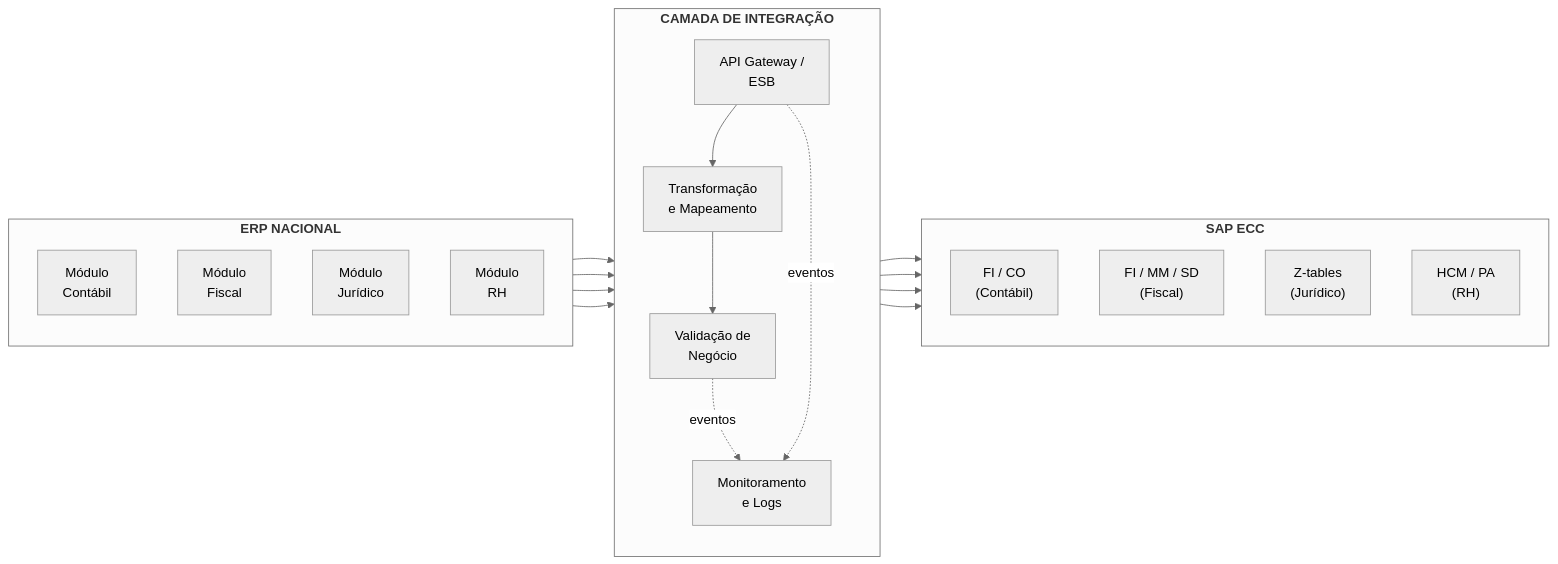
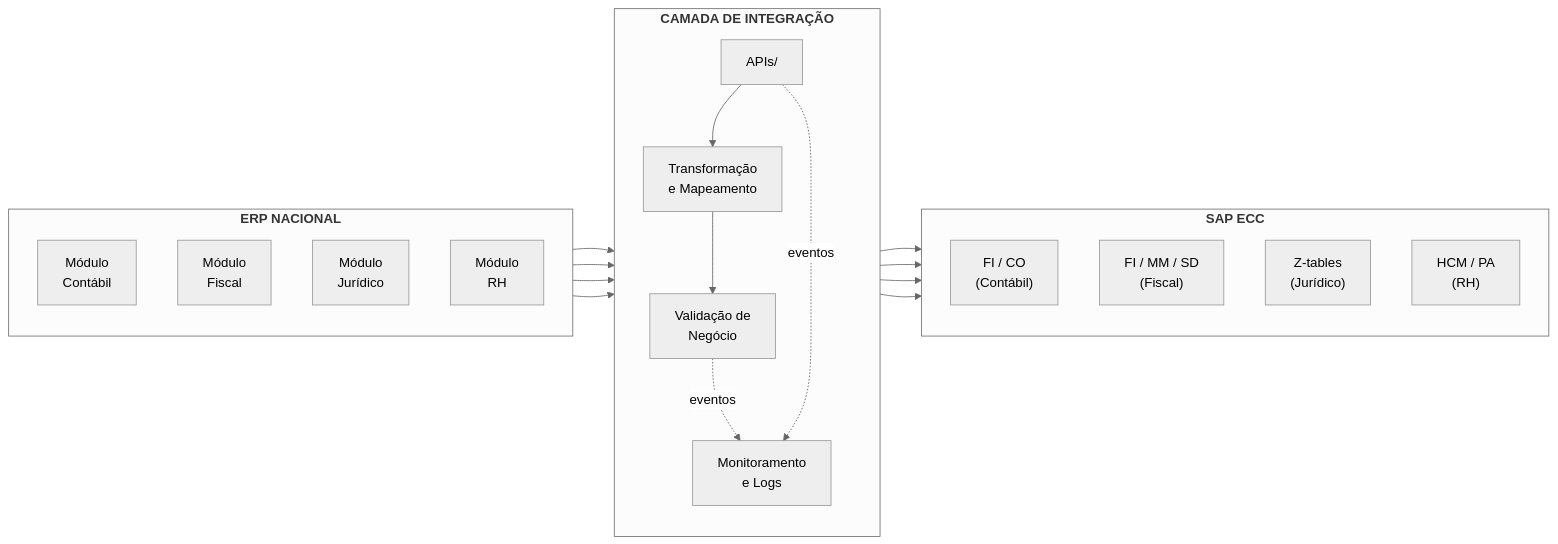
One commit to rbutzke/Case-Arquitetura-Integracao-SAP-x-ERP-On-Premise changed the first of 6 diagrams in README.md. Above: the diagram before and after it, drawn with Mermaid (neutral theme). The commit also changed other lines of this file, not shown here.

````diff
--- a/README.md
+++ b/README.md
@@ -46,40 +46,40 @@
 ```mermaid
 flowchart LR
   subgraph EN["<b>ERP NACIONAL</b>"]
     direction TB
     EN1["Módulo<br/>Contábil"]
     EN2["Módulo<br/>Fiscal"]
     EN3["Módulo<br/>Jurídico"]
     EN4["Módulo<br/>RH"]
   end
 
   subgraph CI["<b>CAMADA DE INTEGRAÇÃO</b>"]
     direction TB
-    CI1["API Gateway /<br/>ESB"]
+    CI1["APIs/<br/>"]
     CI2["Transformação<br/>e Mapeamento"]
     CI3["Validação de<br/>Negócio"]
     CI4["Monitoramento<br/>e Logs"]
   end
 
   subgraph SE["<b>SAP ECC</b>"]
     direction TB
     SE1["FI / CO<br/>(Contábil)"]
     SE2["FI / MM / SD<br/>(Fiscal)"]
     SE3["Z-tables<br/>(Jurídico)"]
     SE4["HCM / PA<br/>(RH)"]
   end
 
   EN1 --> CI1
   EN2 --> CI1
   EN3 --> CI1
   EN4 --> CI1
 
   CI1 --> CI2 --> CI3
   CI3 --> SE1
   CI3 --> SE2
   CI3 --> SE3
   CI3 --> SE4
 
   CI3 -.eventos.-> CI4
   CI1 -.eventos.-> CI4
 ```
````
